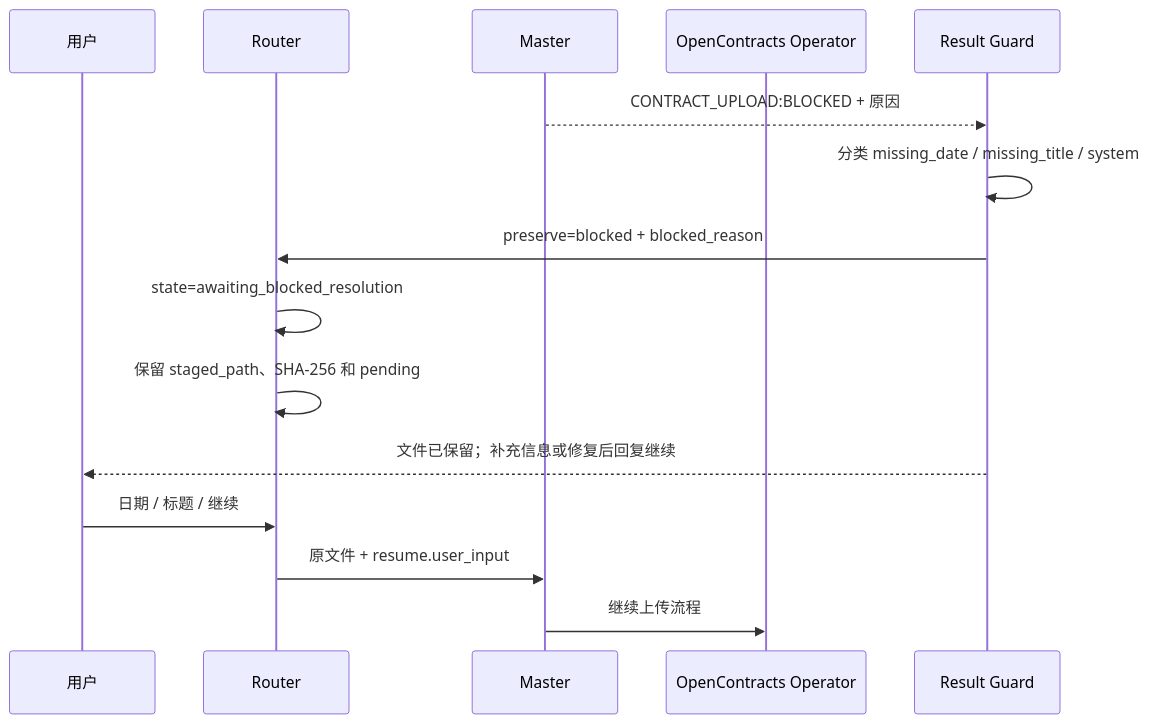
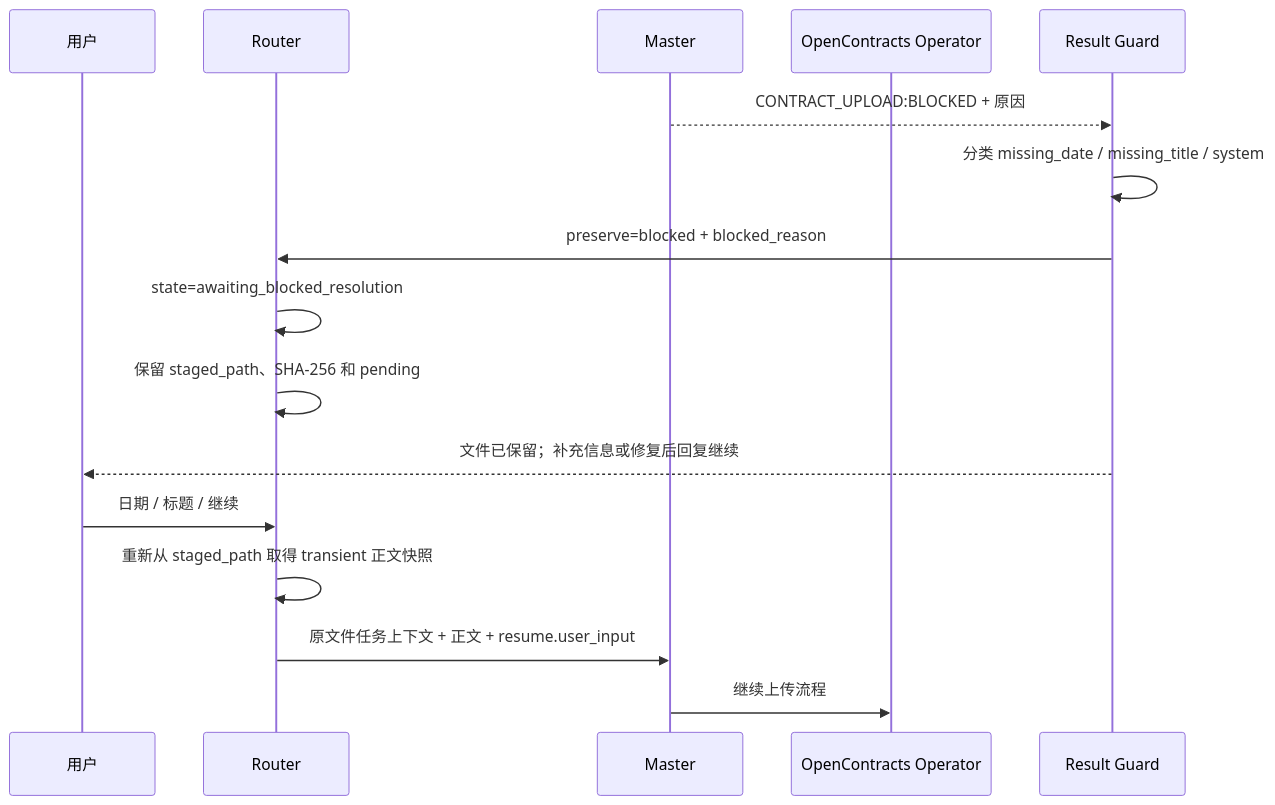
One commit to Ri0n72Y/ContractBotConfig changed the fifth of 7 diagrams in docs/architecture/upload-sequence.md. Above: the diagram before and after it, drawn with Mermaid. The commit also changed other lines of this file and 52 other files, not shown here.

````diff
--- a/docs/architecture/upload-sequence.md
+++ b/docs/architecture/upload-sequence.md
@@ -86,18 +128,19 @@
 ```mermaid
 sequenceDiagram
     participant U as 用户
     participant R as Router
     participant M as Master
     participant O as OpenContracts Operator
     participant RG as Result Guard
 
     M-->>RG: CONTRACT_UPLOAD:BLOCKED + 原因
     RG->>RG: 分类 missing_date / missing_title / system
     RG->>R: preserve=blocked + blocked_reason
     R->>R: state=awaiting_blocked_resolution
     R->>R: 保留 staged_path、SHA-256 和 pending
     RG-->>U: 文件已保留；补充信息或修复后回复继续
     U->>R: 日期 / 标题 / 继续
-    R->>M: 原文件 + resume.user_input
+    R->>R: 重新从 staged_path 取得 transient 正文快照
+    R->>M: 原文件任务上下文 + 正文 + resume.user_input
     M->>O: 继续上传流程
 ```
````
